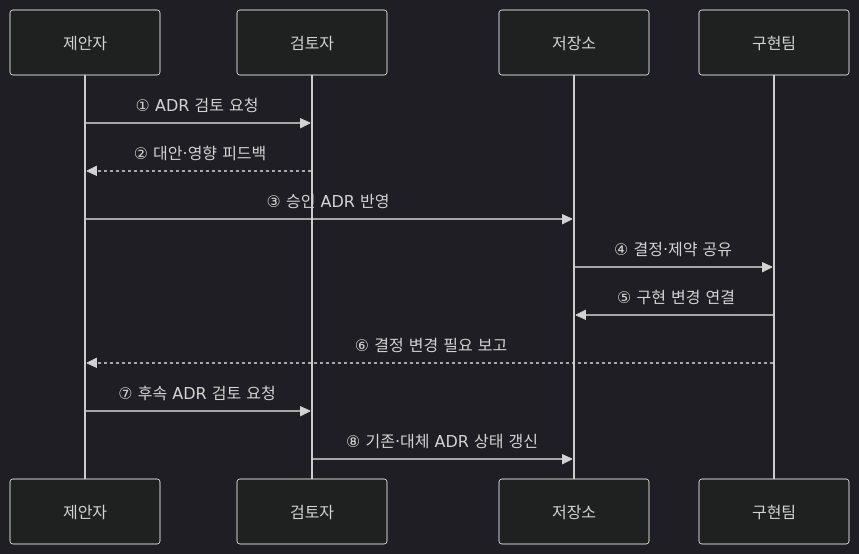
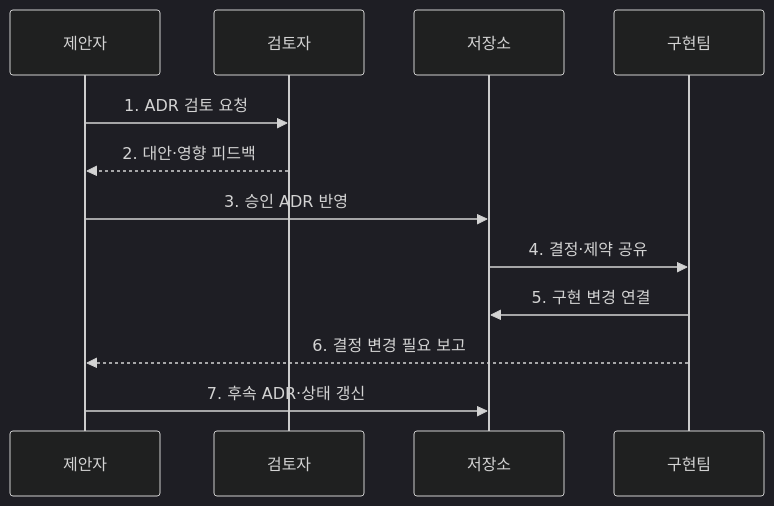
One commit to agnusdei1207/knowledge-base changed the second of 2 diagrams in src/content/docs/notes/03-software/076_architecture_decision_record.md. Above: the diagram before and after it, drawn with Mermaid (dark theme). The commit also changed other lines of this file and 20 other files, not shown here.

````diff
--- a/src/content/docs/notes/03-software/076_architecture_decision_record.md
+++ b/src/content/docs/notes/03-software/076_architecture_decision_record.md
@@ -64,15 +75,14 @@
 ```mermaid
 sequenceDiagram
     participant P as 제안자
     participant R as 검토자
     participant V as 저장소
     participant I as 구현팀
-    P->>R: ① ADR 검토 요청
-    R-->>P: ② 대안·영향 피드백
-    P->>V: ③ 승인 ADR 반영
-    V->>I: ④ 결정·제약 공유
-    I->>V: ⑤ 구현 변경 연결
-    I-->>P: ⑥ 결정 변경 필요 보고
-    P->>R: ⑦ 후속 ADR 검토 요청
-    R->>V: ⑧ 기존·대체 ADR 상태 갱신
+    P->>R: 1. ADR 검토 요청
+    R-->>P: 2. 대안·영향 피드백
+    P->>V: 3. 승인 ADR 반영
+    V->>I: 4. 결정·제약 공유
+    I->>V: 5. 구현 변경 연결
+    I-->>P: 6. 결정 변경 필요 보고
+    P->>V: 7. 후속 ADR·상태 갱신
 ```
````
